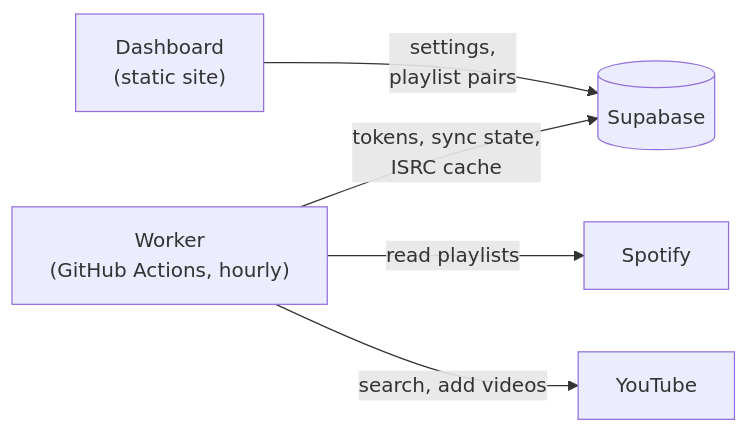
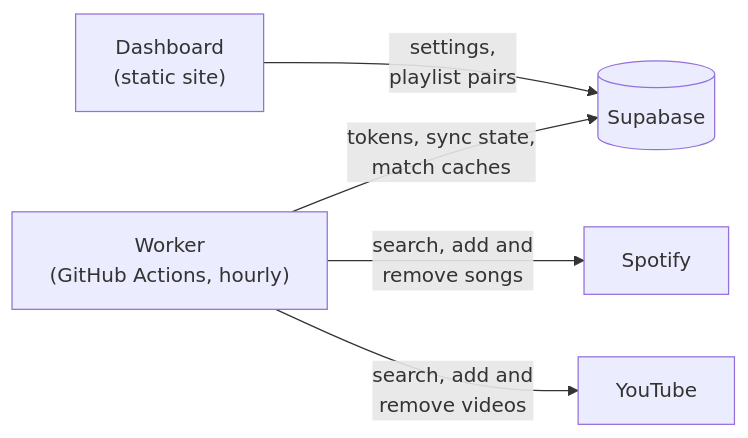
Before and after one commit to snktibor/cronchords: the diagram in README.md, drawn with Mermaid. The commit also changed other lines of this file, not shown here.

Commit message:
docs: describe sync directions in the readme

````diff
--- a/README.md
+++ b/README.md
@@ -13,7 +13,7 @@
 ```mermaid
 flowchart LR
     dashboard["Dashboard<br>(static site)"] -- "settings,<br>playlist pairs" --> db[("Supabase")]
-    worker["Worker<br>(GitHub Actions, hourly)"] -- "tokens, sync state,<br>ISRC cache" --> db
-    worker -- "read playlists" --> spotify["Spotify"]
-    worker -- "search, add videos" --> youtube["YouTube"]
+    worker["Worker<br>(GitHub Actions, hourly)"] -- "tokens, sync state,<br>match caches" --> db
+    worker -- "search, add and<br>remove songs" --> spotify["Spotify"]
+    worker -- "search, add and<br>remove videos" --> youtube["YouTube"]
 ```
````
